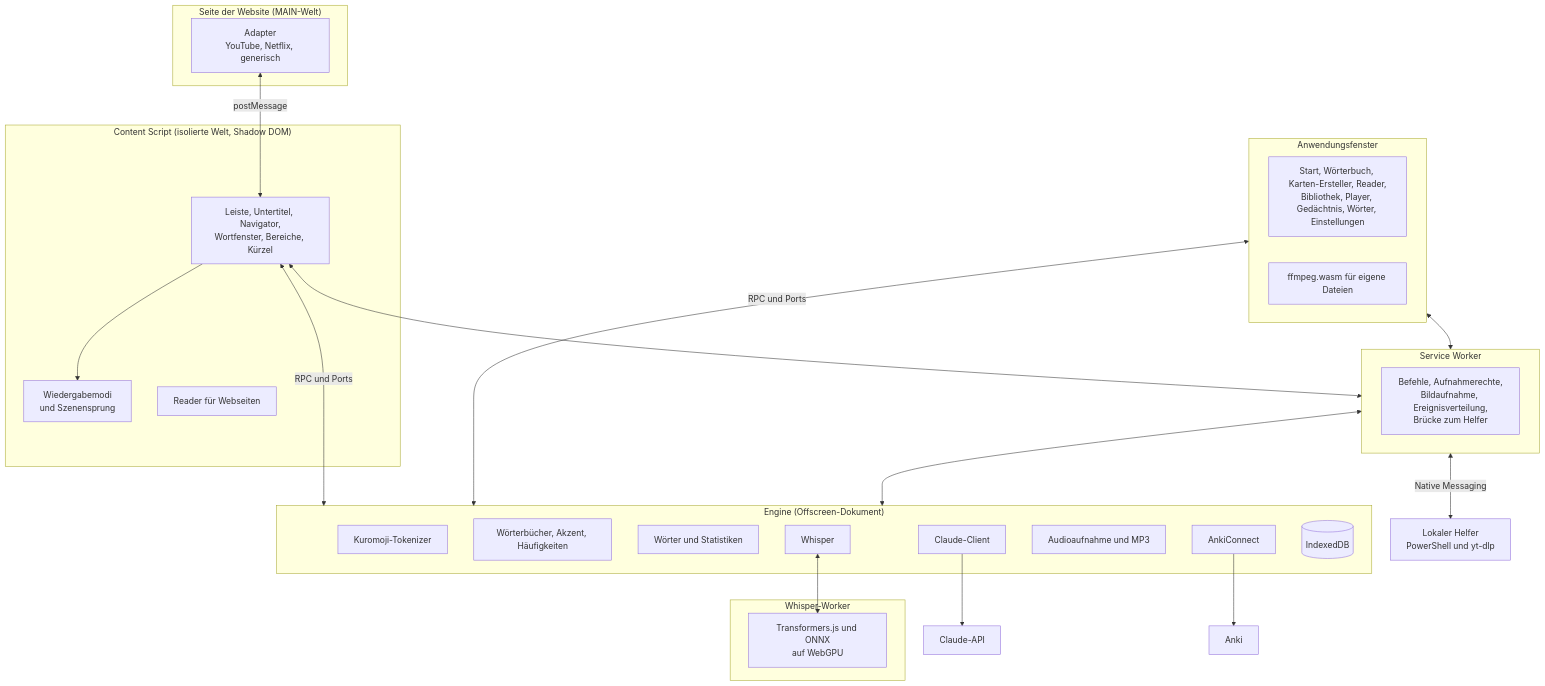
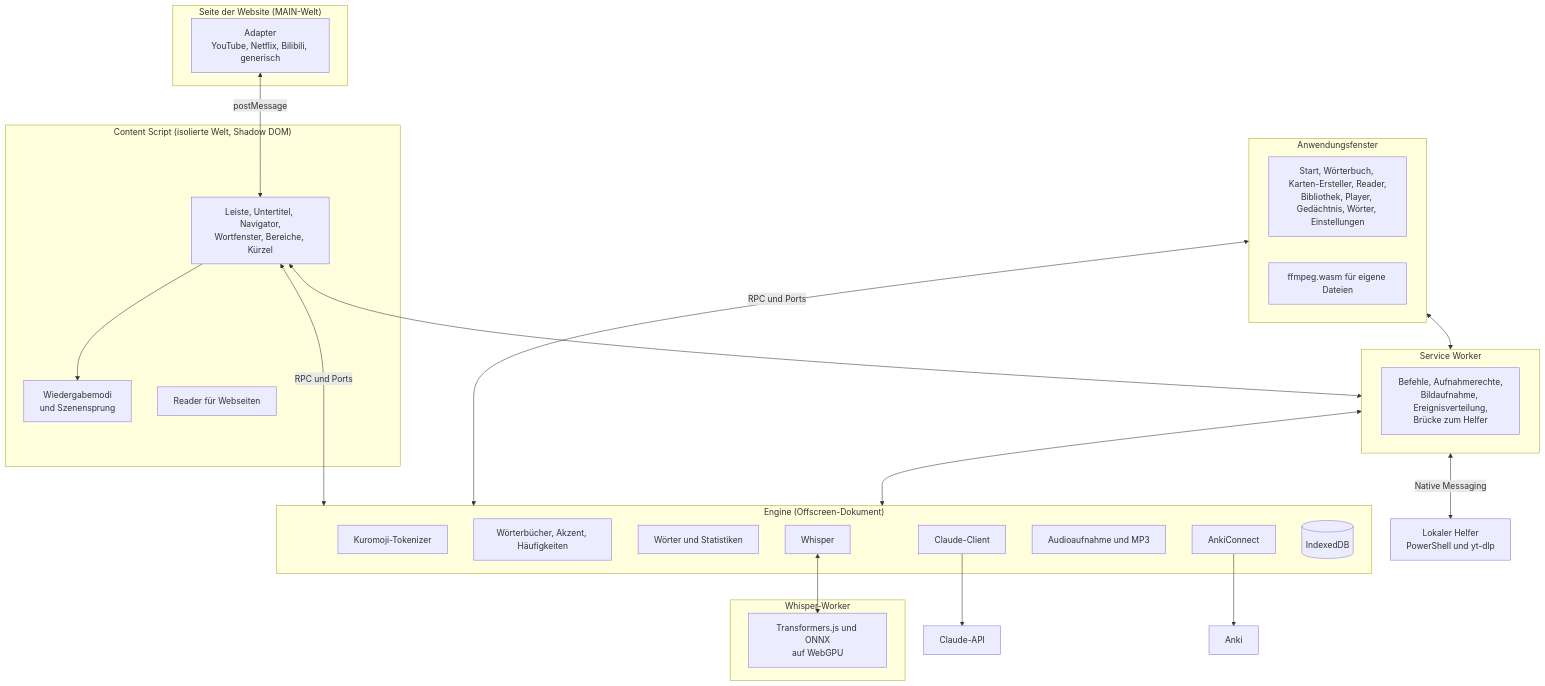
One commit to Eliam4510/kotonoha changed the diagram in docs/de/architecture.md. Above: the diagram before and after it, drawn with Mermaid. The commit also changed other lines of this file and 31 other files, not shown here.

````diff
--- a/docs/de/architecture.md
+++ b/docs/de/architecture.md
@@ -9,42 +9,42 @@
 ```mermaid
 flowchart TB
   subgraph Pagina["Seite der Website (MAIN-Welt)"]
-    AD["Adapter<br/>YouTube, Netflix, generisch"]
+    AD["Adapter<br/>YouTube, Netflix, Bilibili, generisch"]
   end
   subgraph Contenido["Content Script (isolierte Welt, Shadow DOM)"]
     UI["Leiste, Untertitel, Navigator,<br/>Wortfenster, Bereiche, Kürzel"]
     MODO["Wiedergabemodi<br/>und Szenensprung"]
     WEB["Reader für Webseiten"]
   end
   subgraph SW["Service Worker"]
     RUTA["Befehle, Aufnahmerechte,<br/>Bildaufnahme, Ereignisverteilung,<br/>Brücke zum Helfer"]
   end
   subgraph Motor["Engine (Offscreen-Dokument)"]
     TOK["Kuromoji-Tokenizer"]
     DIC["Wörterbücher, Akzent, Häufigkeiten"]
     PAL["Wörter und Statistiken"]
     IA["Claude-Client"]
     ANKI["AnkiConnect"]
     REC["Audioaufnahme und MP3"]
     WH["Whisper"]
     DB[("IndexedDB")]
   end
   subgraph Trabajador["Whisper-Worker"]
     GPU["Transformers.js und ONNX<br/>auf WebGPU"]
   end
   subgraph App["Anwendungsfenster"]
     PANT["Start, Wörterbuch, Karten-Ersteller, Reader,<br/>Bibliothek, Player, Gedächtnis, Wörter, Einstellungen"]
     FF["ffmpeg.wasm für eigene Dateien"]
   end
   AD <-->|postMessage| UI
   UI --> MODO
   UI <-->|RPC und Ports| Motor
   UI <--> SW
   App <-->|RPC und Ports| Motor
   App <--> SW
   SW <--> Motor
   SW <-->|Native Messaging| AY["Lokaler Helfer<br/>PowerShell und yt-dlp"]
   WH <--> GPU
   IA --> CL["Claude-API"]
   ANKI --> AN["Anki"]
 ```
````
